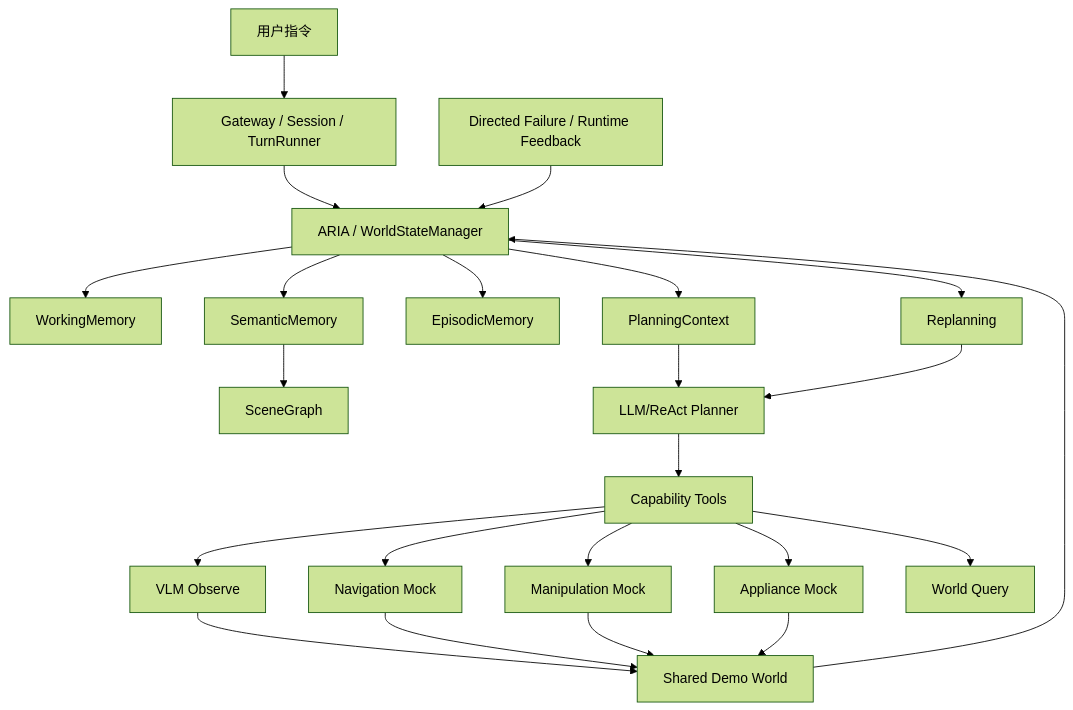
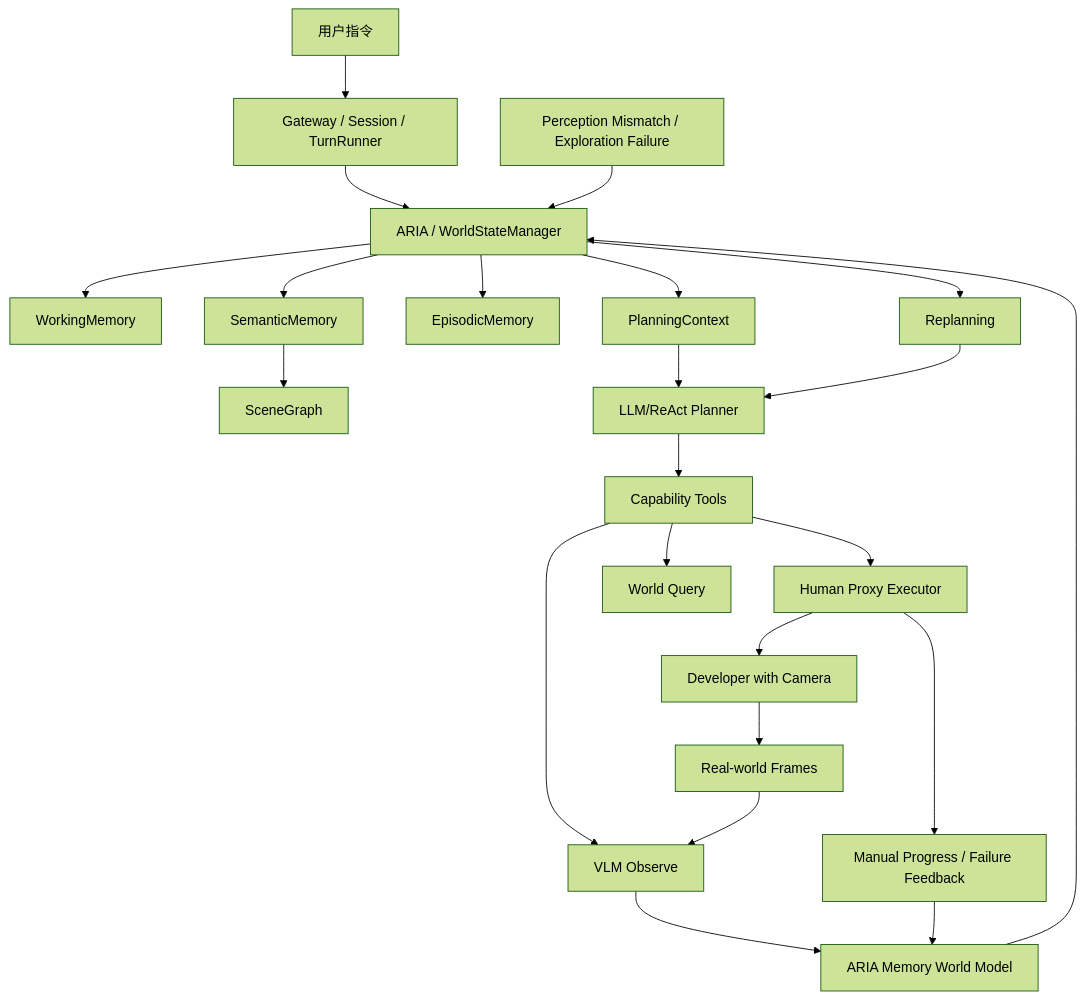
The diagram in docs/dev/architecture/2026-04-08-embodied-demo-brain-cto-review.md (Ark7301/ros2_agent), drawn with Mermaid (forest theme) before and after one commit. The commit also changed other lines of this file and 5 other files, not shown here.

````diff
--- a/docs/dev/architecture/2026-04-08-embodied-demo-brain-cto-review.md
+++ b/docs/dev/architecture/2026-04-08-embodied-demo-brain-cto-review.md
@@ -182,30 +195,30 @@
 ```mermaid
 flowchart TD
     U[用户指令] --> G[Gateway / Session / TurnRunner]
     G --> ARIA[ARIA / WorldStateManager]
 
     ARIA --> WM[WorkingMemory]
     ARIA --> SM[SemanticMemory]
     ARIA --> EM[EpisodicMemory]
 
     SM --> SG[SceneGraph]
     ARIA --> PC[PlanningContext]
     PC --> LLM[LLM/ReAct Planner]
     LLM --> TOOLS[Capability Tools]
 
+    TOOLS --> HUMAN[Human Proxy Executor]
     TOOLS --> VLM[VLM Observe]
-    TOOLS --> NAV[Navigation Mock]
-    TOOLS --> MANI[Manipulation Mock]
-    TOOLS --> APP[Appliance Mock]
     TOOLS --> WQ[World Query]
 
-    VLM --> WORLD[Shared Demo World]
-    NAV --> WORLD[Shared Demo World]
-    MANI --> WORLD
-    APP --> WORLD
+    HUMAN --> CAM[Developer with Camera]
+    CAM --> FRAME[Real-world Frames]
+    FRAME --> VLM
+    HUMAN --> FB[Manual Progress / Failure Feedback]
+    VLM --> WORLD[ARIA Memory World Model]
+    FB --> WORLD
     WORLD --> ARIA
 
-    FAIL[Directed Failure / Runtime Feedback] --> ARIA
+    FAIL[Perception Mismatch / Exploration Failure] --> ARIA
     ARIA --> REPLAN[Replanning]
     REPLAN --> LLM
 ```
````
